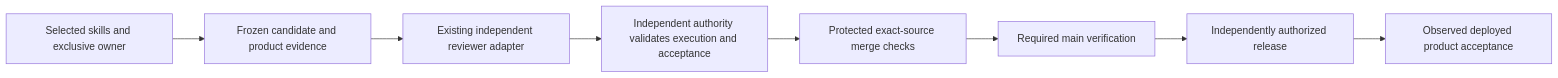
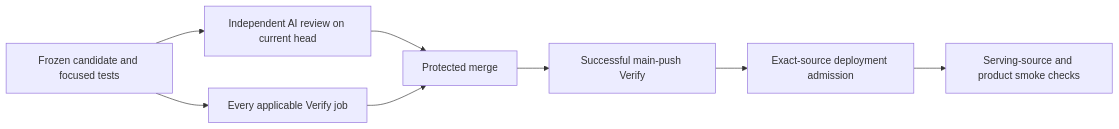
The diagram in docs/engineering/devops/shipping-control-cutover.md (dgmolla/fitsy), drawn with Mermaid before and after one commit. The commit also changed other lines of this file and 35 other files, not shown here.

````diff
--- a/docs/engineering/devops/shipping-control-cutover.md
+++ b/docs/engineering/devops/shipping-control-cutover.md
@@ -7,10 +7,10 @@
 ```mermaid
 flowchart LR
-    S[Selected skills and exclusive owner] --> C[Frozen candidate and product evidence]
-    C --> R[Existing independent reviewer adapter]
-    R --> A[Independent authority validates execution and acceptance]
-    A --> G[Protected exact-source merge checks]
-    G --> V[Required main verification]
-    V --> D[Independently authorized release]
-    D --> P[Observed deployed product acceptance]
+    C[Frozen candidate and focused tests] --> R[Independent AI review on current head]
+    C --> V[Every applicable Verify job]
+    R --> M[Protected merge]
+    V --> M
+    M --> P[Successful main-push Verify]
+    P --> D[Exact-source deployment admission]
+    D --> S[Serving-source and product smoke checks]
 ```
````
